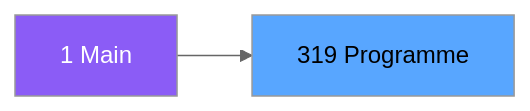
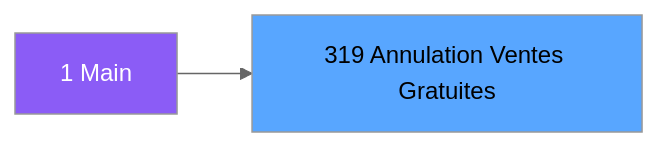
One commit to thonyAGP/magic-migration changed the second of 3 diagrams in .openspec/specs/ADH-IDE-319.md. Above: the diagram before and after it, drawn with Mermaid (neutral theme). The commit also changed other lines of this file and 323 other files, not shown here.

````diff
--- a/.openspec/specs/ADH-IDE-319.md
+++ b/.openspec/specs/ADH-IDE-319.md
@@ -119,8 +145,8 @@
 ```mermaid
 graph LR
     M[1 Main]
-    T[319 Programme]
+    T[319 Annulation Ventes Gratuites]
     M --> T
     style M fill:#8b5cf6,color:#fff
     style T fill:#58a6ff,color:#000
 ```
````
